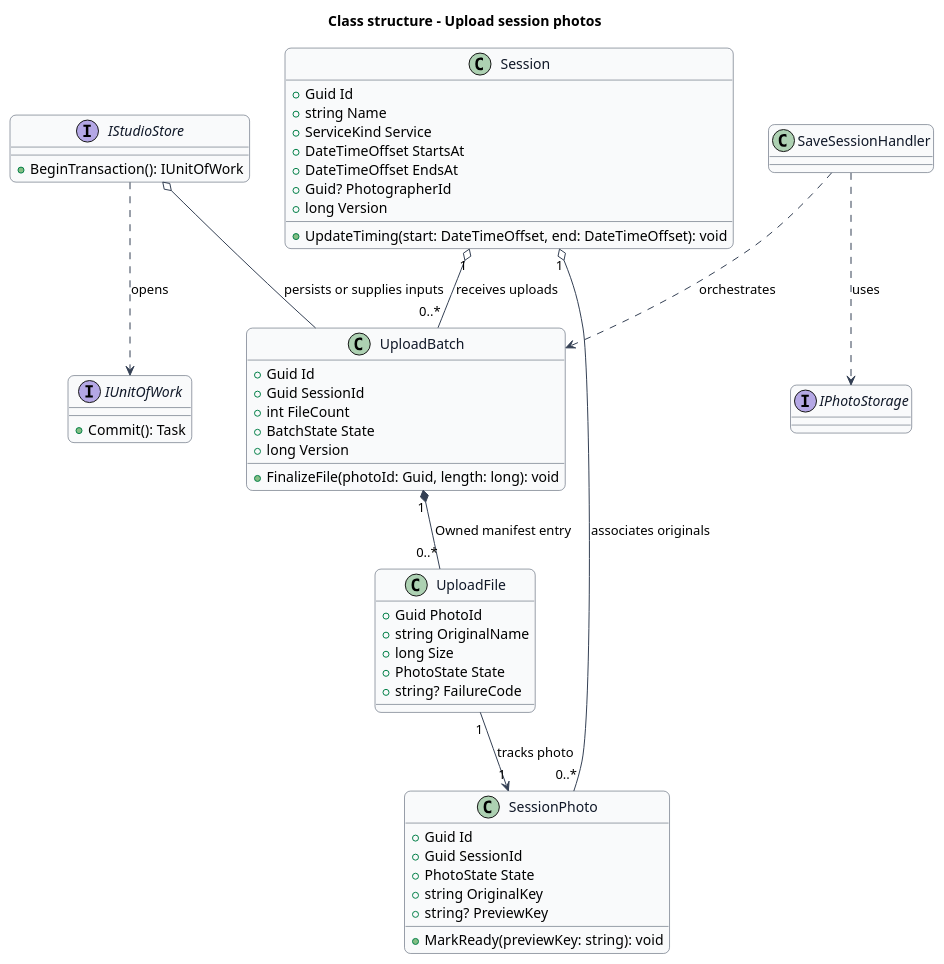
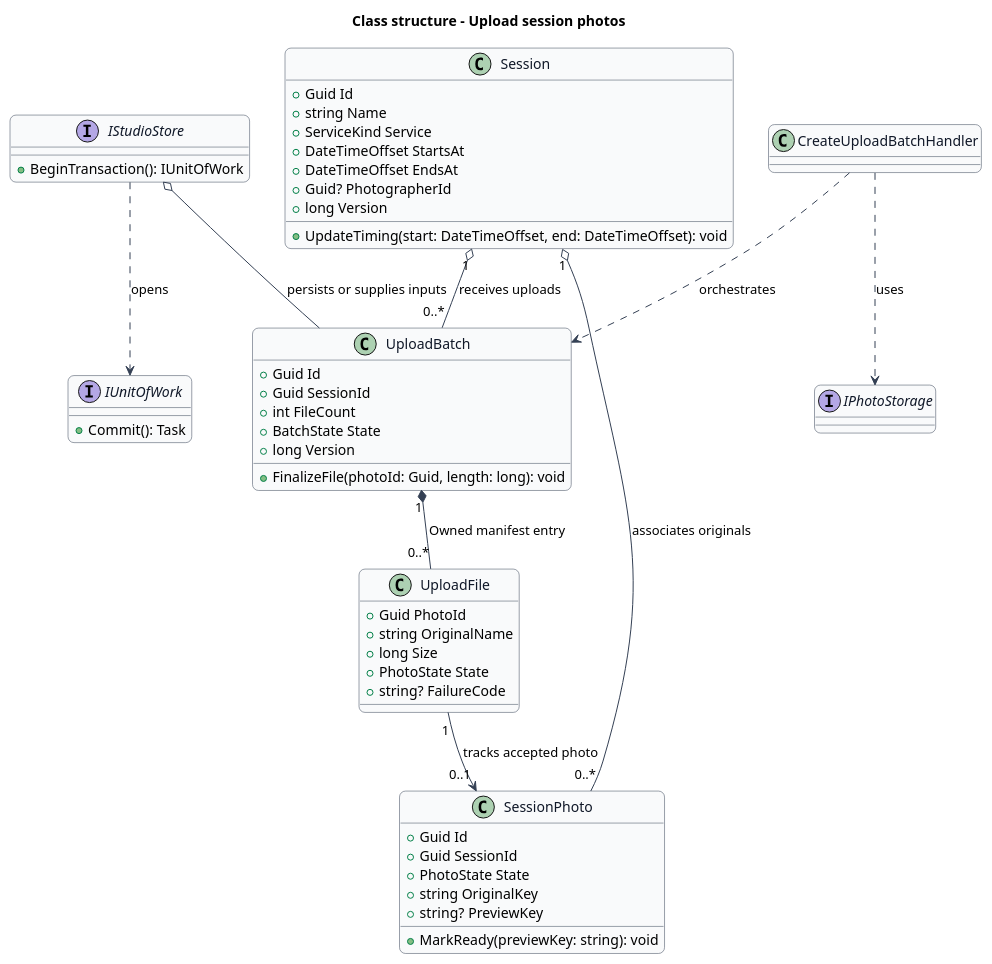
The diagram in docs/detailed-designs/session-photos/upload-session-photos/diagrams/class-structure.puml (QuinntyneBrown/quinntyne-brown-studio), drawn with PlantUML before and after one commit. The commit also changed 51 other files, not shown here.

```diff
--- a/docs/detailed-designs/session-photos/upload-session-photos/diagrams/class-structure.puml
+++ b/docs/detailed-designs/session-photos/upload-session-photos/diagrams/class-structure.puml
@@ -1,71 +1,71 @@
 @startuml
 skinparam backgroundColor #FFFFFF
 skinparam shadowing false
 skinparam roundcorner 12
 skinparam defaultFontName Arial
 skinparam ArrowColor #344054
 skinparam rectangle {
   BorderColor #344054
   FontColor #101828
 }
 skinparam package {
   BorderColor #667085
   FontColor #101828
   BackgroundColor #F9FAFB
 }
 title Class structure - Upload session photos
 skinparam class {
  BorderColor #344054
  FontColor #101828
  BackgroundColor #F9FAFB
 }
 class UploadBatch {
  +Guid Id
  +Guid SessionId
  +int FileCount
  +BatchState State
  +long Version
  +FinalizeFile(photoId: Guid, length: long): void
 }
 class UploadFile {
  +Guid PhotoId
  +string OriginalName
  +long Size
  +PhotoState State
  +string? FailureCode
 }
 UploadBatch "1" *-- "0..*" UploadFile : Owned manifest entry
 interface IStudioStore {
  +BeginTransaction(): IUnitOfWork
 }
 interface IUnitOfWork {
  +Commit(): Task
 }
 IStudioStore ..> IUnitOfWork : opens
 IStudioStore o-- UploadBatch : persists or supplies inputs
 interface IPhotoStorage
-class SaveSessionHandler
-SaveSessionHandler ..> IPhotoStorage : uses
-SaveSessionHandler ..> UploadBatch : orchestrates
+class CreateUploadBatchHandler
+CreateUploadBatchHandler ..> IPhotoStorage : uses
+CreateUploadBatchHandler ..> UploadBatch : orchestrates
 class Session {
  +Guid Id
  +string Name
  +ServiceKind Service
  +DateTimeOffset StartsAt
  +DateTimeOffset EndsAt
  +Guid? PhotographerId
  +long Version
  +UpdateTiming(start: DateTimeOffset, end: DateTimeOffset): void
 }
 class SessionPhoto {
  +Guid Id
  +Guid SessionId
  +PhotoState State
  +string OriginalKey
  +string? PreviewKey
  +MarkReady(previewKey: string): void
 }
 Session "1" o-- "0..*" UploadBatch : receives uploads
-UploadFile "1" --> "1" SessionPhoto : tracks photo
+UploadFile "1" --> "0..1" SessionPhoto : tracks accepted photo
 Session "1" o-- "0..*" SessionPhoto : associates originals
 @enduml
```
